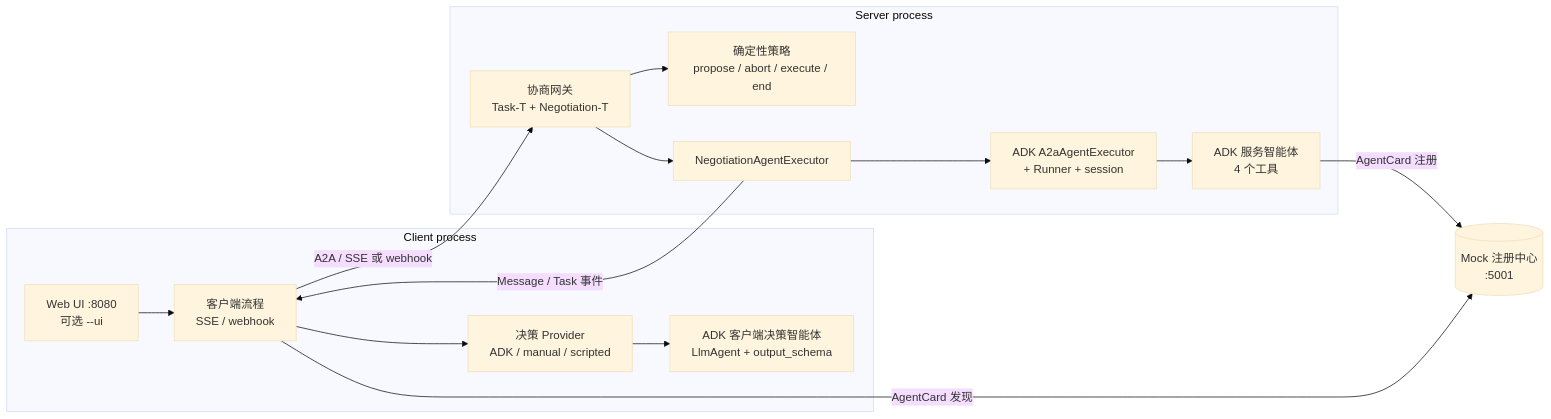
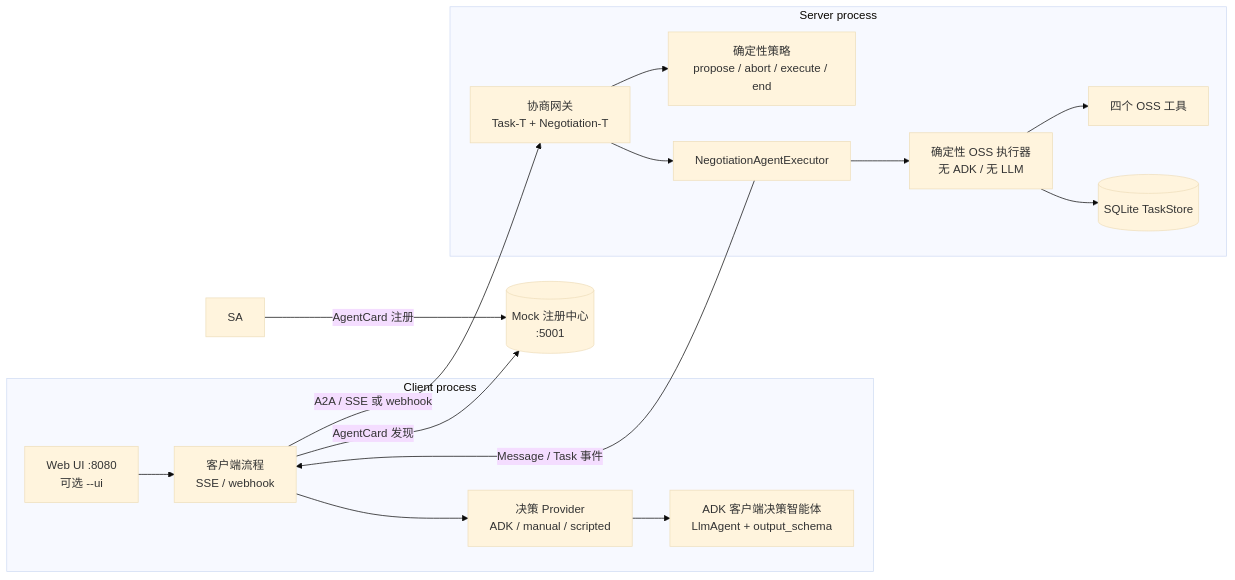
Before and after one commit to codetalks-hw/a2a-t-sdk-python: the first of 6 diagrams in a2a-t-sample/ran-energy-saving/README-zh.md, drawn with Mermaid (base theme). The commit also changed other lines of this file and 32 other files, not shown here.

````diff
--- a/a2a-t-sample/ran-energy-saving/README-zh.md
+++ b/a2a-t-sample/ran-energy-saving/README-zh.md
@@ -40,30 +41,32 @@
 ```mermaid
 flowchart LR
     subgraph Client process
         UI[Web UI :8080<br/>可选 --ui]
         CF[客户端流程<br/>SSE / webhook]
         CA[ADK 客户端决策智能体<br/>LlmAgent + output_schema]
         DP[决策 Provider<br/>ADK / manual / scripted]
         UI --> CF
         CF --> DP
         DP --> CA
     end
 
     subgraph Server process
         G[协商网关<br/>Task-T + Negotiation-T]
         P[确定性策略<br/>propose / abort / execute / end]
         EX[NegotiationAgentExecutor]
-        ADK[ADK A2aAgentExecutor<br/>+ Runner + session]
-        SA[ADK 服务智能体<br/>4 个工具]
+        DET[确定性 OSS 执行器<br/>无 ADK / 无 LLM]
+        TOOLS[四个 OSS 工具]
+        DB[(SQLite TaskStore)]
         G --> P
         G --> EX
-        EX --> ADK
-        ADK --> SA
+        EX --> DET
+        DET --> TOOLS
+        DET --> DB
     end
 
     REG[(Mock 注册中心<br/>:5001)]
     CF -- A2A / SSE 或 webhook --> G
     EX -- Message / Task 事件 --> CF
     SA -- AgentCard 注册 --> REG
     CF -- AgentCard 发现 --> REG
 ```
````
